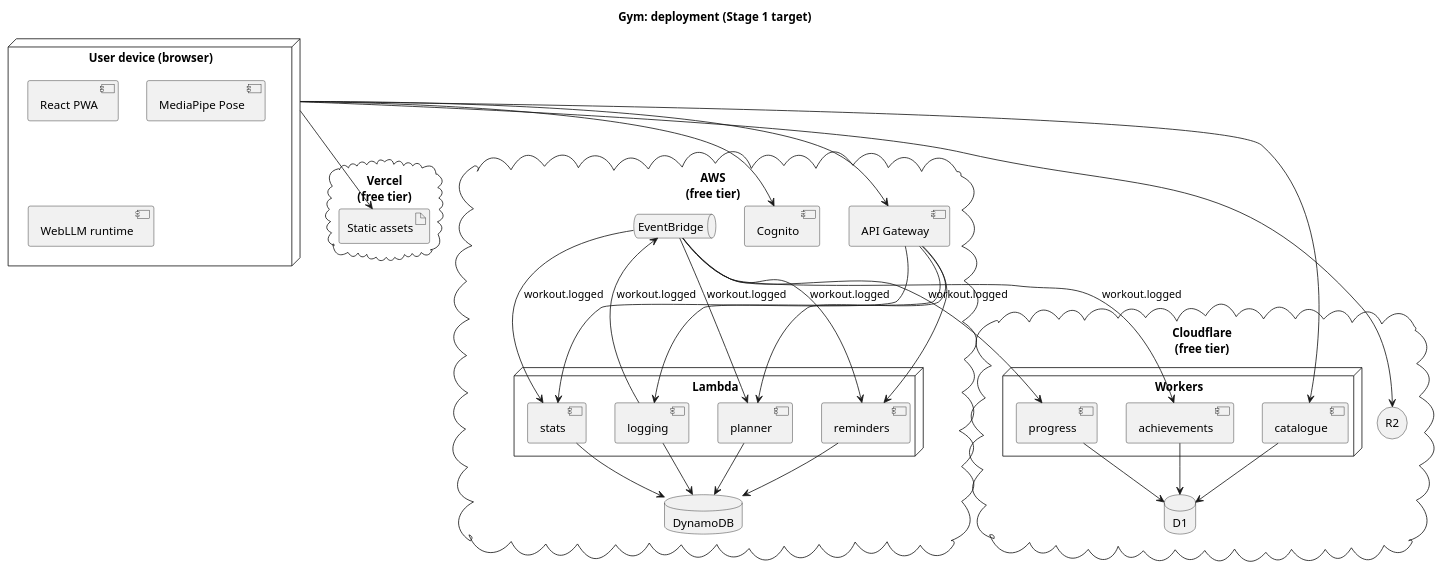
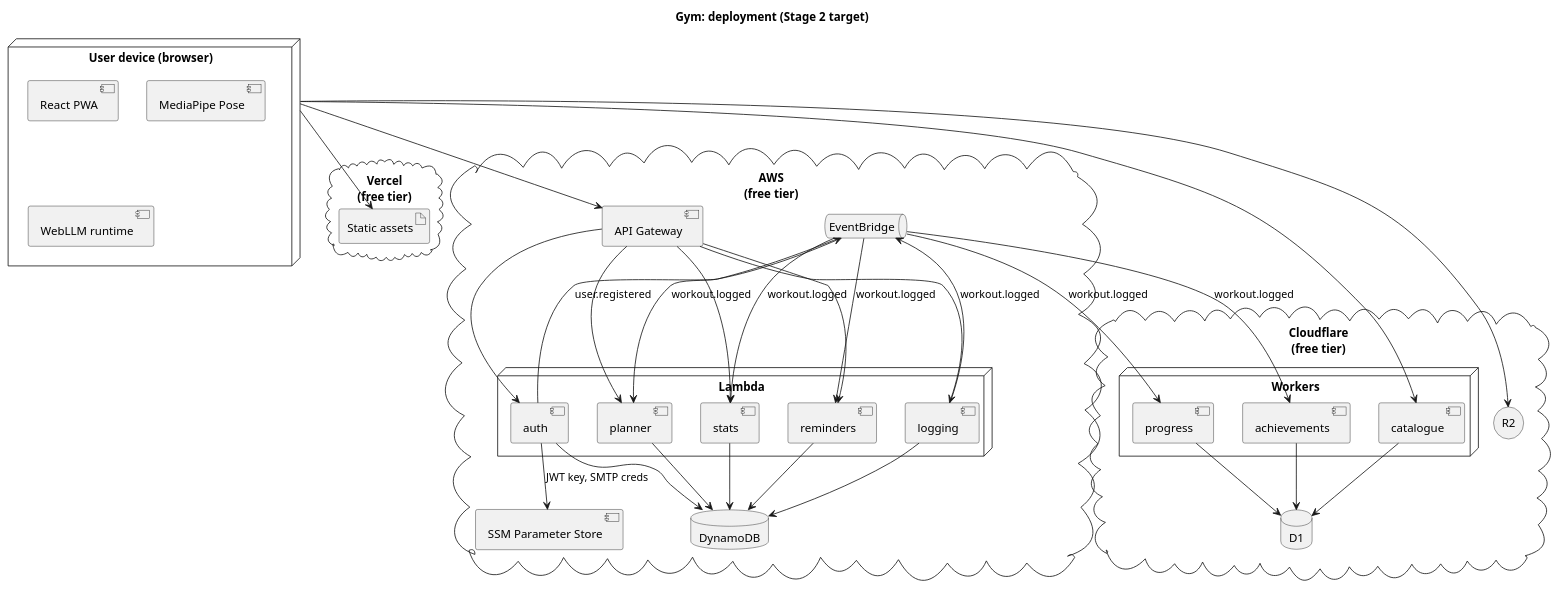
One commit to bobosiband/Gym changed the diagram in docs/uml/system/deployment.puml. Above: the diagram before and after it, drawn with PlantUML. The commit also changed 103 other files, not shown here.

```diff
--- a/docs/uml/system/deployment.puml
+++ b/docs/uml/system/deployment.puml
@@ -1,65 +1,70 @@
 @startuml system-deployment
-title Gym: deployment (Stage 1 target)
+title Gym: deployment (Stage 2 target)
 
 skinparam shadowing false
 
 node "User device (browser)" as Device {
   component "React PWA" as PWA
   component "MediaPipe Pose" as Pose
   component "WebLLM runtime" as WebLLM
 }
 
 cloud "Vercel\n(free tier)" {
   artifact "Static assets" as Static
 }
 
 cloud "AWS\n(free tier)" {
-  component "Cognito" as Cognito
   component "API Gateway" as APIGW
   node "Lambda" {
+    component "auth" as LAuth
     component "logging" as LLog
     component "stats" as LStats
     component "planner" as LPlan
     component "reminders" as LRem
   }
   database "DynamoDB" as Dynamo
   queue "EventBridge" as EB
+  component "SSM Parameter Store" as SSM
 }
 
 cloud "Cloudflare\n(free tier)" {
   node "Workers" {
     component "catalogue" as WCat
     component "progress" as WProg
     component "achievements" as WAch
   }
   database "D1" as D1
   storage "R2" as R2
 }
 
 Device --> Static
-Device --> Cognito
 Device --> APIGW
 Device --> WCat
 Device --> R2
 
+APIGW --> LAuth
 APIGW --> LLog
 APIGW --> LStats
 APIGW --> LPlan
 APIGW --> LRem
 
+LAuth --> Dynamo
 LLog --> Dynamo
 LStats --> Dynamo
 LPlan --> Dynamo
 LRem --> Dynamo
+LAuth --> SSM : JWT key, SMTP creds
+
 WCat --> D1
 WProg --> D1
 WAch --> D1
 
+LAuth --> EB : user.registered
 LLog --> EB : workout.logged
 EB --> LStats : workout.logged
 EB --> LPlan : workout.logged
 EB --> LRem : workout.logged
 EB --> WProg : workout.logged
 EB --> WAch : workout.logged
 
 @enduml
```
